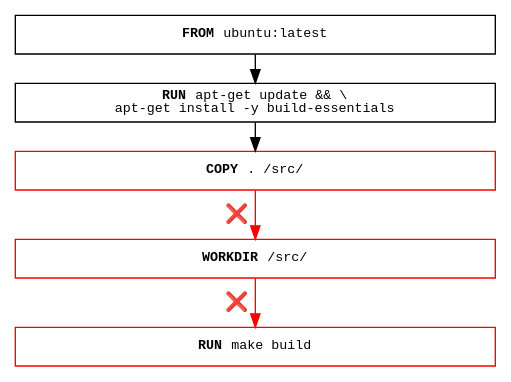
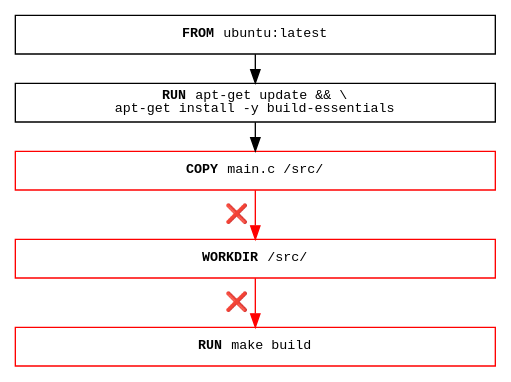
Before and after one commit to docker/docs: the diagram in build/images/cache-stack-invalidate-rest.dot, drawn with Graphviz. The commit also changed 6 other files, not shown here.

```diff
--- a/build/images/cache-stack-invalidate-rest.dot
+++ b/build/images/cache-stack-invalidate-rest.dot
@@ -1,19 +1,19 @@
 // dot -Tsvg ./cache-invalidate-rest.dot > ./cache-invalidate-rest.svg
 digraph {
   rankdir="LR";
   nodesep=0.3;
   edge[minlen=0];
   bgcolor="#00000000";
   node [ shape=rect, width=5, height=0.4, fontname=monospace, fontsize=10 ];
 
   from [ label = <<B>FROM </B>ubuntu:latest> ];
   deps [ label = <<B>RUN </B>apt-get update &amp;&amp; \\<br/>apt-get install -y build-essentials> ];
-  copy [ label = <<B>COPY </B>. /src/>, color = "red" ];
+  copy [ label = <<B>COPY </B>main.c /src/>, color = "red" ];
   workdir [ label = <<B>WORKDIR </B>/src/>, color = "red" ];
   build [ label = <<B>RUN </B>make build>, color = "red" ];
   
   from -> deps;
   deps -> copy;
   copy -> workdir [ color = "red", label = " ❌  " ];
   workdir -> build [ color = "red", label = " ❌  " ];
 }
```
